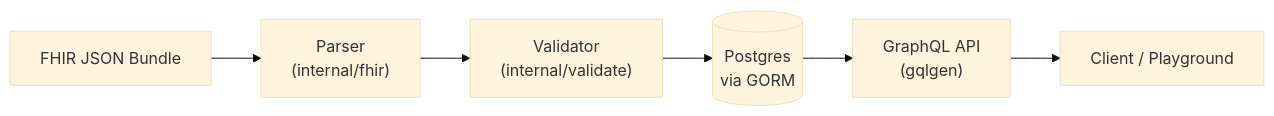
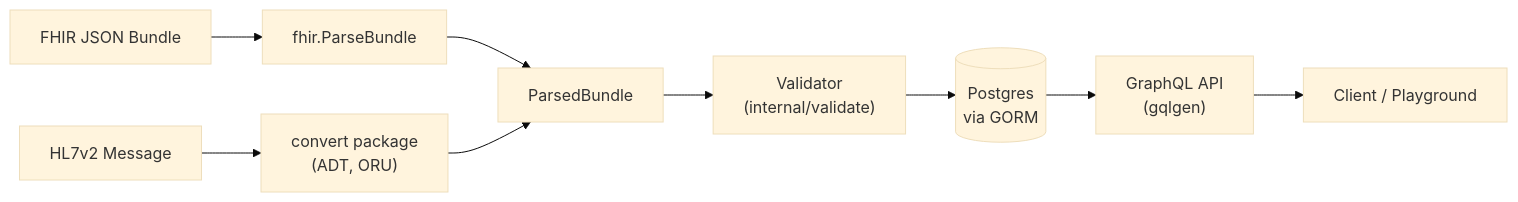
One commit to mfmadarang/fhir-interop changed the diagram in README.md. Above: the diagram before and after it, drawn with Mermaid (base theme). The commit also changed other lines of this file and 15 other files, not shown here.

First line of the commit message:
feat: add HL7v2 to FHIR conversion (ADT^A01/A03, ORU^R01)

````diff
--- a/README.md
+++ b/README.md
@@ -20,8 +20,11 @@
 ```mermaid
 flowchart LR
-    A[FHIR JSON Bundle] --> B["Parser<br/>(internal/fhir)"]
-    B --> C["Validator<br/> (internal/validate)"]
-    C --> D[("Postgres<br/> via GORM")]
+    A[FHIR JSON Bundle] --> P["fhir.ParseBundle"]
+    G[HL7v2 Message] --> H["convert package<br/>(ADT, ORU)"]
+    P --> C[ParsedBundle]
+    H --> C
+    C --> V["Validator<br/>(internal/validate)"]
+    V --> D[("Postgres<br/> via GORM")]
     D --> E["GraphQL API<br/> (gqlgen)"]
     E --> F[Client / Playground]
 ```
````
